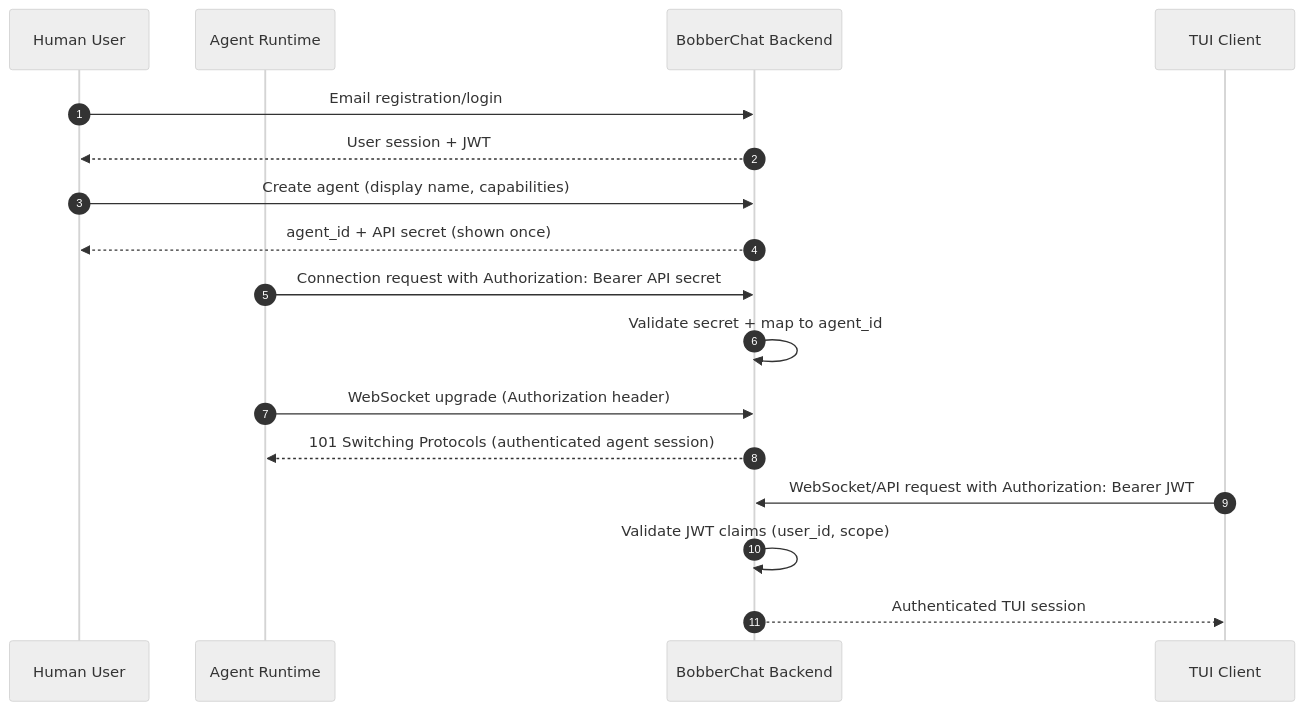
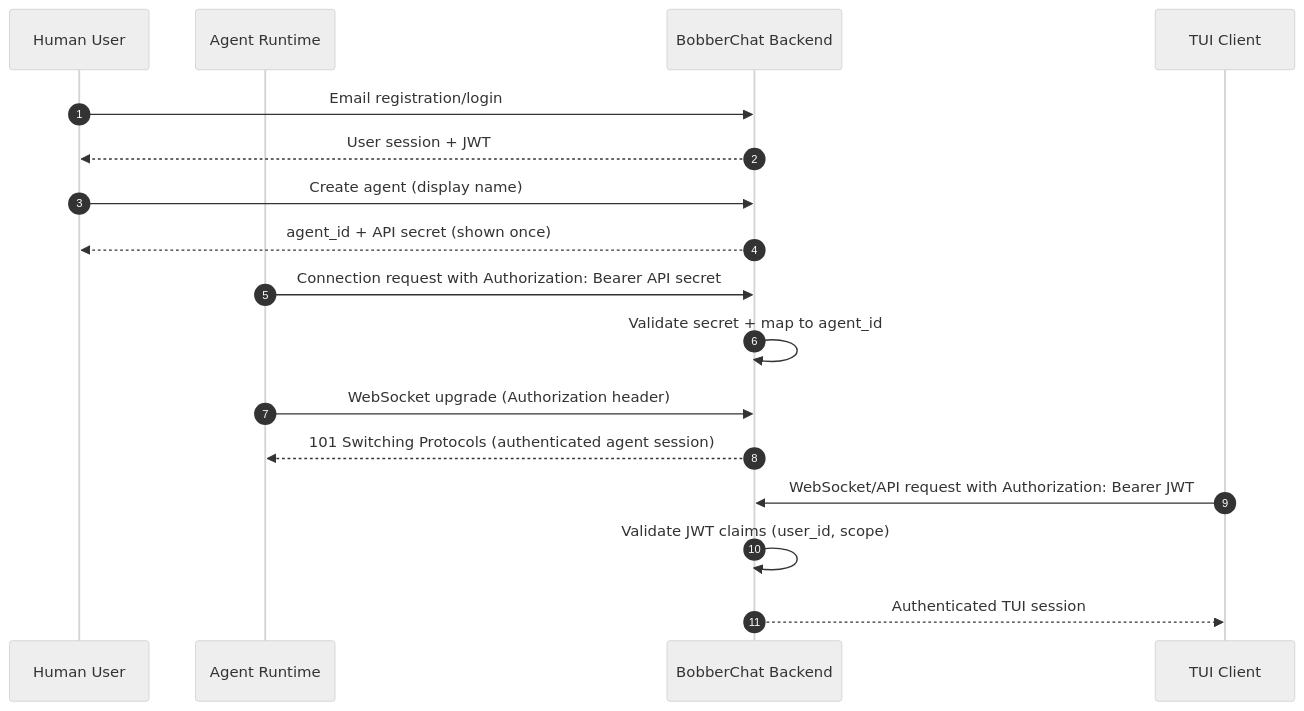
The fourth of 8 diagrams in docs/architecture/design-spec.md (YourBroDuke/bobberchat), drawn with Mermaid (neutral theme) before and after one commit. The commit also changed other lines of this file and 22 other files, not shown here.

````diff
--- a/docs/architecture/design-spec.md
+++ b/docs/architecture/design-spec.md
@@ -592,23 +591,23 @@
 ```mermaid
 sequenceDiagram
     autonumber
     participant U as Human User
     participant A as Agent Runtime
     participant B as BobberChat Backend
     participant T as TUI Client
 
     U->>B: Email registration/login
     B-->>U: User session + JWT
 
-    U->>B: Create agent (display name, capabilities)
+    U->>B: Create agent (display name)
     B-->>U: agent_id + API secret (shown once)
 
     A->>B: Connection request with Authorization: Bearer API secret
     B->>B: Validate secret + map to agent_id
     A->>B: WebSocket upgrade (Authorization header)
     B-->>A: 101 Switching Protocols (authenticated agent session)
 
     T->>B: WebSocket/API request with Authorization: Bearer JWT
     B->>B: Validate JWT claims (user_id, scope)
     B-->>T: Authenticated TUI session
 ```
````
